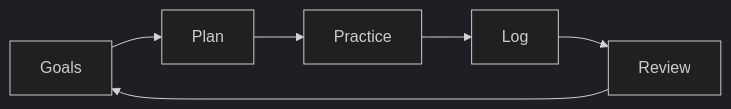
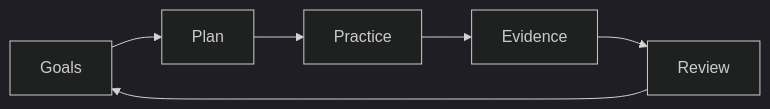
One commit to ryjen/guitar-practice-system changed the diagram in docs/decisions/ADR-0001-project-direction.md. Above: the diagram before and after it, drawn with Mermaid (dark theme). The commit also changed other lines of this file, not shown here.

````diff
--- a/docs/decisions/ADR-0001-project-direction.md
+++ b/docs/decisions/ADR-0001-project-direction.md
@@ -15,8 +13,8 @@
 ```mermaid
 flowchart LR
     Goals --> Plan
     Plan --> Practice
-    Practice --> Log
-    Log --> Review
+    Practice --> Evidence
+    Evidence --> Review
     Review --> Goals
 ```
````
